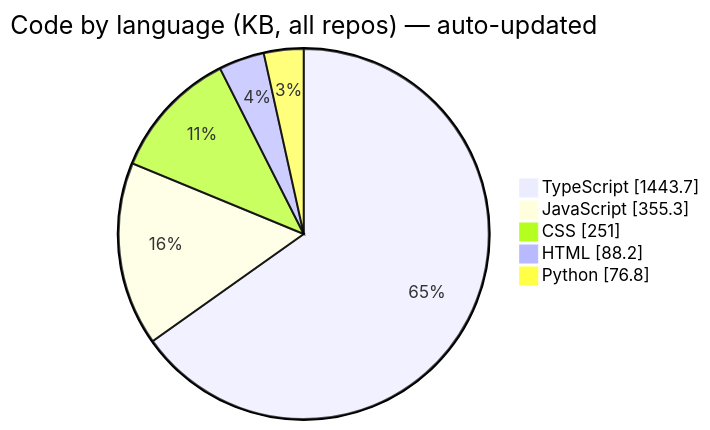
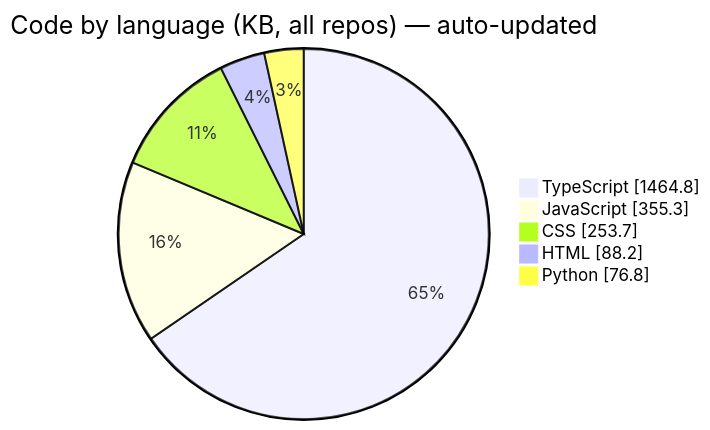
The third of 6 diagrams in README.md (Manashjyoti-Bora/Manashjyoti-Bora), drawn with Mermaid before and after one commit. The commit also changed other lines of this file and 1 other file, not shown here.

````diff
--- a/README.md
+++ b/README.md
@@ -196,9 +196,9 @@
 ```mermaid
 pie showData
     title Code by language (KB, all repos) — auto-updated
-    "TypeScript" : 1443.7
+    "TypeScript" : 1464.8
     "JavaScript" : 355.3
-    "CSS" : 251.0
+    "CSS" : 253.7
     "HTML" : 88.2
     "Python" : 76.8
 ```
````
